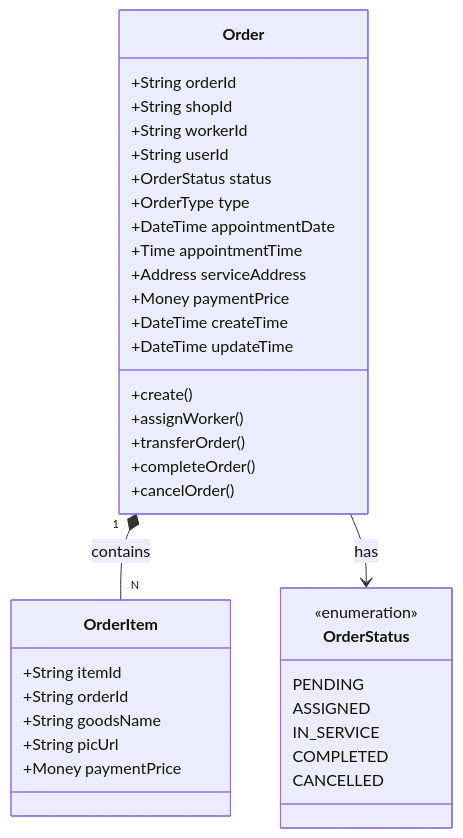
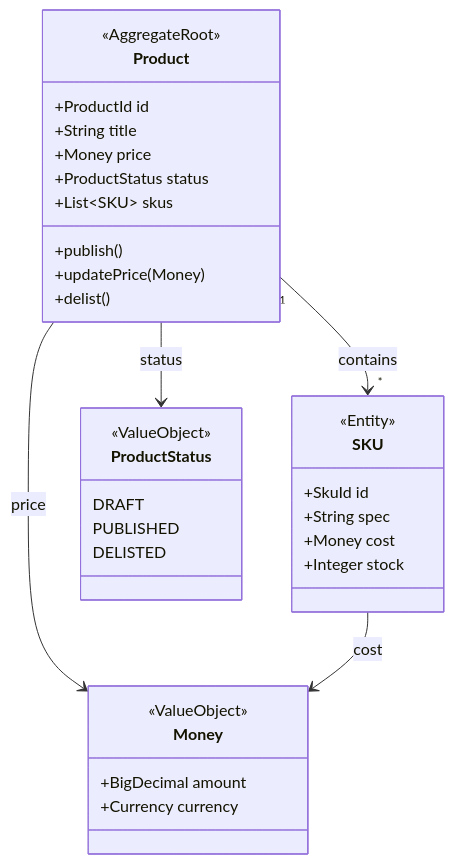
Before and after one commit to partme-ai/full-stack-skills: the third of 8 diagrams in skills/document-skills/full-stack-doc/templates/root/7、领域模型设计.md, drawn with Mermaid. The commit also changed other lines of this file and 14 other files, not shown here.

````diff
--- a/skills/document-skills/full-stack-doc/templates/root/7、领域模型设计.md
+++ b/skills/document-skills/full-stack-doc/templates/root/7、领域模型设计.md
@@ -151,42 +118,40 @@
 ```mermaid
 classDiagram
-    class Order {
-        +String orderId
-        +String shopId
-        +String workerId
-        +String userId
-        +OrderStatus status
-        +OrderType type
-        +DateTime appointmentDate
-        +Time appointmentTime
-        +Address serviceAddress
-        +Money paymentPrice
-        +DateTime createTime
-        +DateTime updateTime
-        +create()
-        +assignWorker()
-        +transferOrder()
-        +completeOrder()
-        +cancelOrder()
+    class Product {
+        <<AggregateRoot>>
+        +ProductId id
+        +String title
+        +Money price
+        +ProductStatus status
+        +List~SKU~ skus
+        +publish()
+        +updatePrice(Money)
+        +delist()
     }
-    
-    class OrderItem {
-        +String itemId
-        +String orderId
-        +String goodsName
-        +String picUrl
-        +Money paymentPrice
+
+    class SKU {
+        <<Entity>>
+        +SkuId id
+        +String spec
+        +Money cost
+        +Integer stock
     }
-    
-    class OrderStatus {
-        <<enumeration>>
-        PENDING
-        ASSIGNED
-        IN_SERVICE
-        COMPLETED
-        CANCELLED
+
+    class Money {
+        <<ValueObject>>
+        +BigDecimal amount
+        +Currency currency
     }
-    
-    Order "1" *-- "N" OrderItem : contains
-    Order --> OrderStatus : has
+
+    class ProductStatus {
+        <<ValueObject>>
+        DRAFT
+        PUBLISHED
+        DELISTED
+    }
+
+    Product "1" --> "*" SKU : contains
+    Product --> Money : price
+    Product --> ProductStatus : status
+    SKU --> Money : cost
 ```
````
